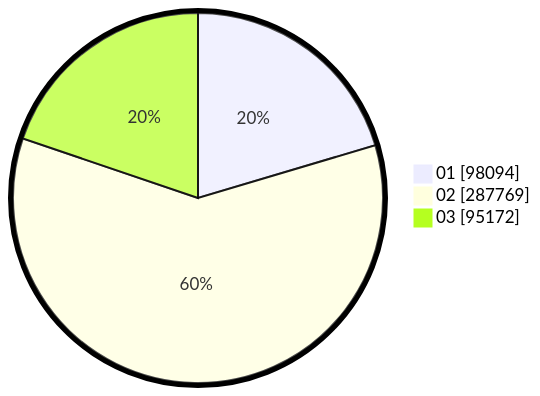
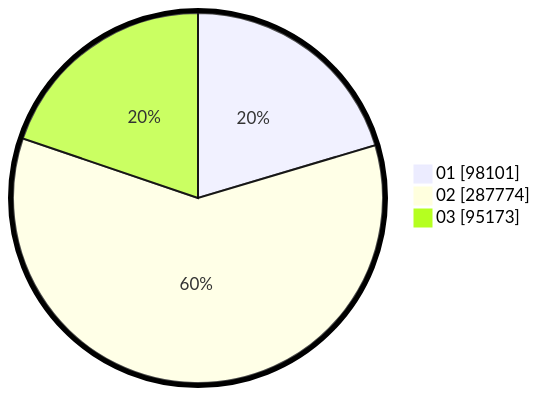
Before and after one commit to gigit-pemilu/pemilu-2024: the second of 2 diagrams in pilpres/hitung-suara/sub/table-wilayah-99.md, drawn with Mermaid. The commit also changed other lines of this file and 7 other files, not shown here.

````diff
--- a/pilpres/hitung-suara/sub/table-wilayah-99.md
+++ b/pilpres/hitung-suara/sub/table-wilayah-99.md
@@ -15,7 +15,7 @@
 ```mermaid
 %%{init: {"pie": {"textPosition": 0.5}, "themeVariables": {"pieOuterStrokeWidth": "5px"}} }%%
 pie showData
-    "01" : 98094
-    "02" : 287769
-    "03" : 95172
+    "01" : 98101
+    "02" : 287774
+    "03" : 95173
 ```
````
